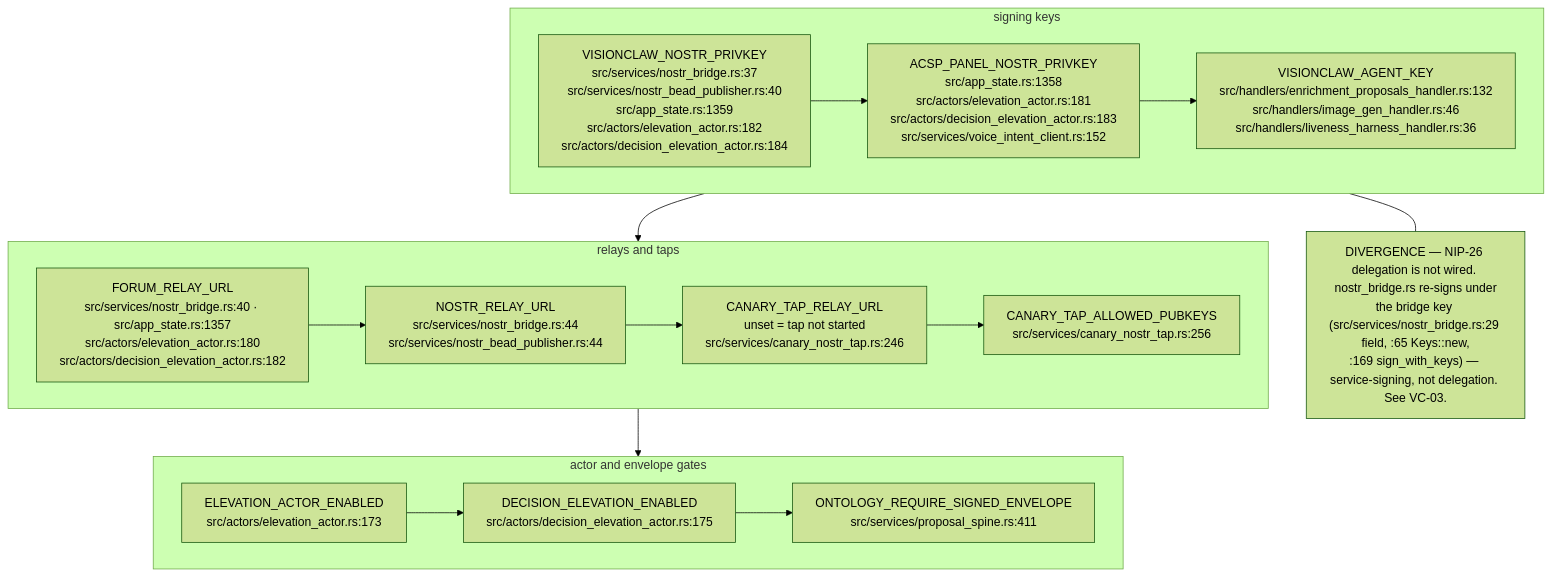
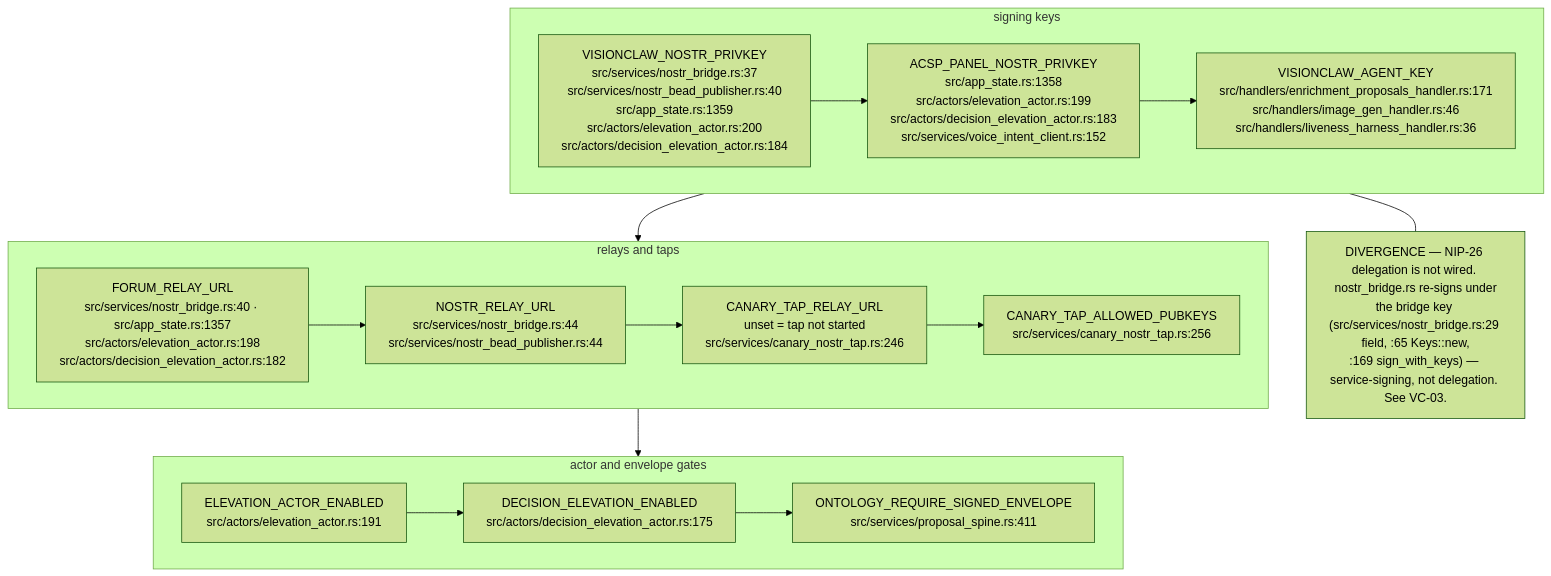
One commit to DreamLab-AI/VisionFlow changed the tenth of 15 diagrams in docs/diagrams/visionclaw/09-config-and-env-flags.md. Above: the diagram before and after it, drawn with Mermaid (forest theme). The commit also changed other lines of this file and 32 other files, not shown here.

````diff
--- a/docs/diagrams/visionclaw/09-config-and-env-flags.md
+++ b/docs/diagrams/visionclaw/09-config-and-env-flags.md
@@ -425,15 +428,15 @@
 ```mermaid
 flowchart TB
     subgraph KEYS["signing keys"]
-        K1["VISIONCLAW_NOSTR_PRIVKEY<br/>src/services/nostr_bridge.rs:37<br/>src/services/nostr_bead_publisher.rs:40<br/>src/app_state.rs:1359<br/>src/actors/elevation_actor.rs:182<br/>src/actors/decision_elevation_actor.rs:184"] --> K2["ACSP_PANEL_NOSTR_PRIVKEY<br/>src/app_state.rs:1358<br/>src/actors/elevation_actor.rs:181<br/>src/actors/decision_elevation_actor.rs:183<br/>src/services/voice_intent_client.rs:152"] --> K3["VISIONCLAW_AGENT_KEY<br/>src/handlers/enrichment_proposals_handler.rs:132<br/>src/handlers/image_gen_handler.rs:46<br/>src/handlers/liveness_harness_handler.rs:36"]
+        K1["VISIONCLAW_NOSTR_PRIVKEY<br/>src/services/nostr_bridge.rs:37<br/>src/services/nostr_bead_publisher.rs:40<br/>src/app_state.rs:1359<br/>src/actors/elevation_actor.rs:200<br/>src/actors/decision_elevation_actor.rs:184"] --> K2["ACSP_PANEL_NOSTR_PRIVKEY<br/>src/app_state.rs:1358<br/>src/actors/elevation_actor.rs:199<br/>src/actors/decision_elevation_actor.rs:183<br/>src/services/voice_intent_client.rs:152"] --> K3["VISIONCLAW_AGENT_KEY<br/>src/handlers/enrichment_proposals_handler.rs:171<br/>src/handlers/image_gen_handler.rs:46<br/>src/handlers/liveness_harness_handler.rs:36"]
     end
     subgraph RELAYS["relays and taps"]
-        R1["FORUM_RELAY_URL<br/>src/services/nostr_bridge.rs:40 · src/app_state.rs:1357<br/>src/actors/elevation_actor.rs:180<br/>src/actors/decision_elevation_actor.rs:182"] --> R2["NOSTR_RELAY_URL<br/>src/services/nostr_bridge.rs:44<br/>src/services/nostr_bead_publisher.rs:44"] --> R3["CANARY_TAP_RELAY_URL<br/>unset = tap not started<br/>src/services/canary_nostr_tap.rs:246"] --> R4["CANARY_TAP_ALLOWED_PUBKEYS<br/>src/services/canary_nostr_tap.rs:256"]
+        R1["FORUM_RELAY_URL<br/>src/services/nostr_bridge.rs:40 · src/app_state.rs:1357<br/>src/actors/elevation_actor.rs:198<br/>src/actors/decision_elevation_actor.rs:182"] --> R2["NOSTR_RELAY_URL<br/>src/services/nostr_bridge.rs:44<br/>src/services/nostr_bead_publisher.rs:44"] --> R3["CANARY_TAP_RELAY_URL<br/>unset = tap not started<br/>src/services/canary_nostr_tap.rs:246"] --> R4["CANARY_TAP_ALLOWED_PUBKEYS<br/>src/services/canary_nostr_tap.rs:256"]
     end
     subgraph GATES["actor and envelope gates"]
-        G1["ELEVATION_ACTOR_ENABLED<br/>src/actors/elevation_actor.rs:173"] --> G2["DECISION_ELEVATION_ENABLED<br/>src/actors/decision_elevation_actor.rs:175"] --> G3["ONTOLOGY_REQUIRE_SIGNED_ENVELOPE<br/>src/services/proposal_spine.rs:411"]
+        G1["ELEVATION_ACTOR_ENABLED<br/>src/actors/elevation_actor.rs:191"] --> G2["DECISION_ELEVATION_ENABLED<br/>src/actors/decision_elevation_actor.rs:175"] --> G3["ONTOLOGY_REQUIRE_SIGNED_ENVELOPE<br/>src/services/proposal_spine.rs:411"]
     end
     KEYS --> RELAYS --> GATES
     N3["DIVERGENCE — NIP-26 delegation is not wired. nostr_bridge.rs re-signs under<br/>the bridge key (src/services/nostr_bridge.rs:29 field, :65 Keys::new,<br/>:169 sign_with_keys) — service-signing, not delegation. See VC-03."]
     KEYS --- N3
 ```
````
